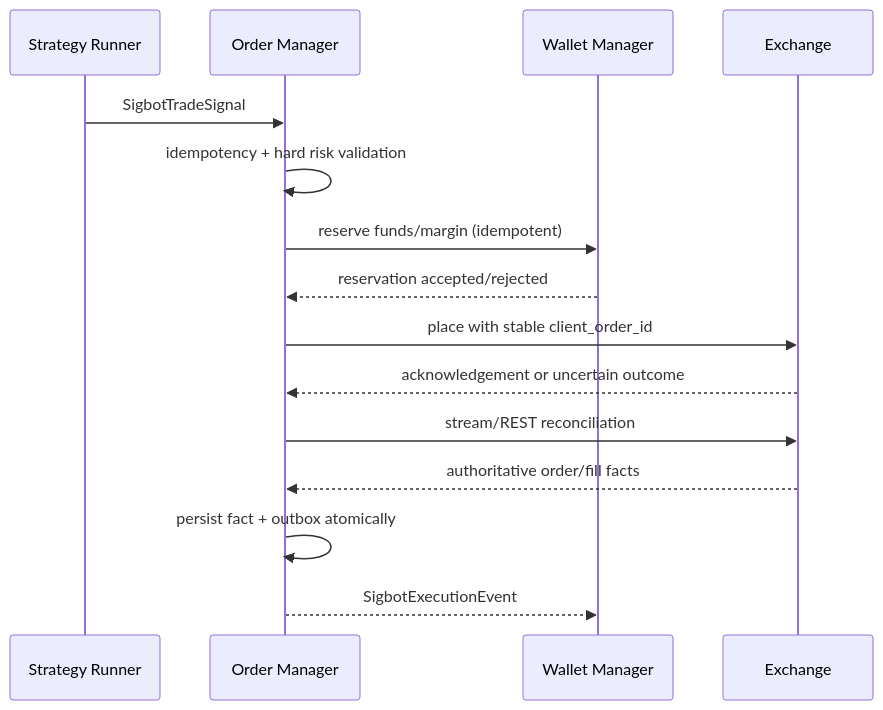
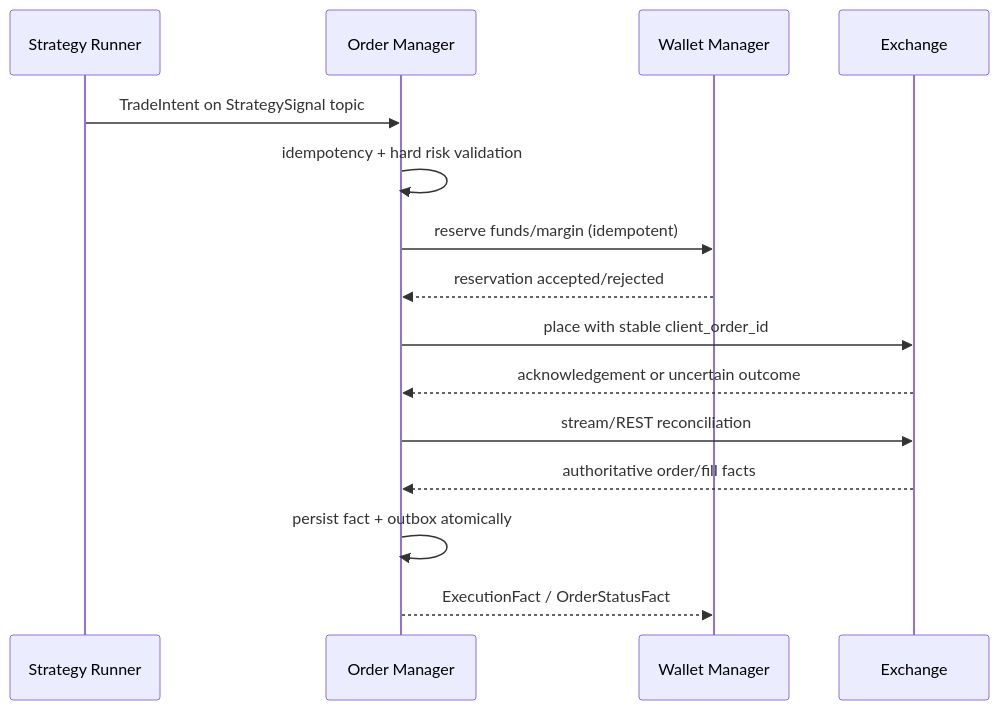
One commit to sigbot-labs/sigbot-core changed the diagram in docs/architecture/engine/order-manager/overview.md. Above: the diagram before and after it, drawn with Mermaid. The commit also changed other lines of this file and 40 other files, not shown here.

Commit message:
Align architecture docs with implemented runtime boundaries

````diff
--- a/docs/architecture/engine/order-manager/overview.md
+++ b/docs/architecture/engine/order-manager/overview.md
@@ -14,17 +15,17 @@
 ```mermaid
 sequenceDiagram
     participant S as Strategy Runner
     participant O as Order Manager
     participant W as Wallet Manager
     participant X as Exchange
-    S->>O: SigbotTradeSignal
+    S->>O: TradeIntent on StrategySignal topic
     O->>O: idempotency + hard risk validation
     O->>W: reserve funds/margin (idempotent)
     W-->>O: reservation accepted/rejected
     O->>X: place with stable client_order_id
     X-->>O: acknowledgement or uncertain outcome
     O->>X: stream/REST reconciliation
     X-->>O: authoritative order/fill facts
     O->>O: persist fact + outbox atomically
-    O-->>W: SigbotExecutionEvent
+    O-->>W: ExecutionFact / OrderStatusFact
 ```
````
